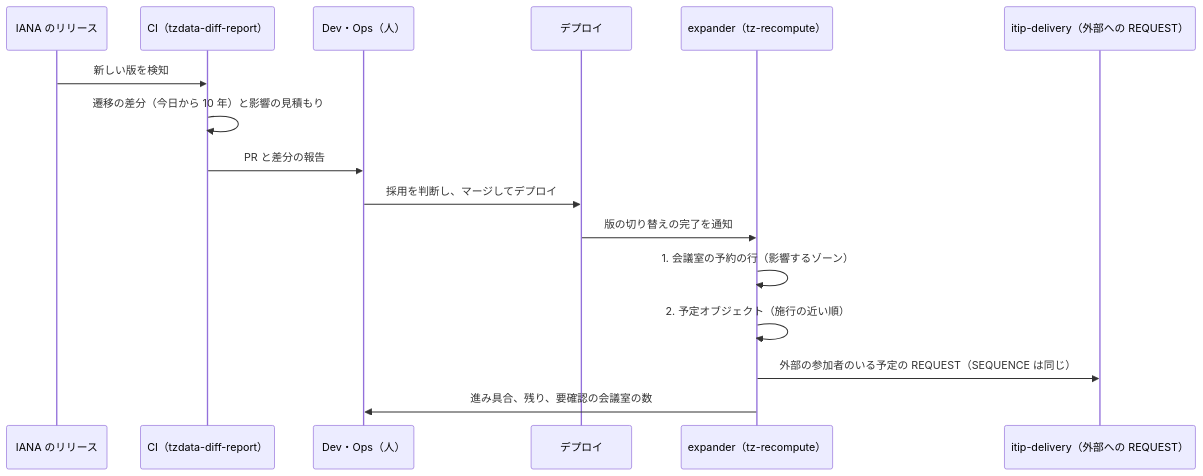
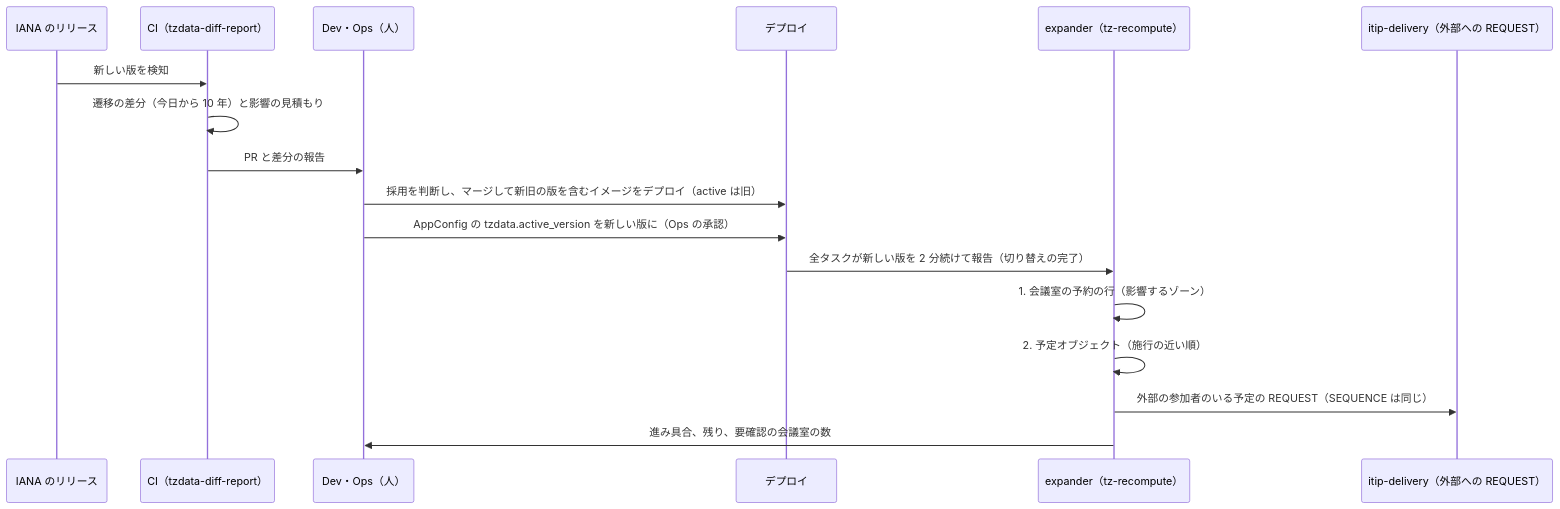
The diagram in systems/google-calendar/docs/architecture/time-zones-and-holidays.md (shoito/rebuilds), drawn with Mermaid before and after one commit. The commit also changed other lines of this file and 56 other files, not shown here.

````diff
--- a/systems/google-calendar/docs/architecture/time-zones-and-holidays.md
+++ b/systems/google-calendar/docs/architecture/time-zones-and-holidays.md
@@ -127,18 +127,19 @@
 ```mermaid
 sequenceDiagram
   participant I as IANA のリリース
   participant CI as CI（tzdata-diff-report）
   participant H as Dev・Ops（人）
   participant D as デプロイ
   participant E as expander（tz-recompute）
   participant X as itip-delivery（外部への REQUEST）
   I->>CI: 新しい版を検知
   CI->>CI: 遷移の差分（今日から 10 年）と影響の見積もり
   CI->>H: PR と差分の報告
-  H->>D: 採用を判断し、マージしてデプロイ
-  D->>E: 版の切り替えの完了を通知
+  H->>D: 採用を判断し、マージして新旧の版を含むイメージをデプロイ（active は旧）
+  H->>D: AppConfig の tzdata.active_version を新しい版に（Ops の承認）
+  D->>E: 全タスクが新しい版を 2 分続けて報告（切り替えの完了）
   E->>E: 1. 会議室の予約の行（影響するゾーン）
   E->>E: 2. 予定オブジェクト（施行の近い順）
   E->>X: 外部の参加者のいる予定の REQUEST（SEQUENCE は同じ）
   E->>H: 進み具合、残り、要確認の会議室の数
 ```
````
